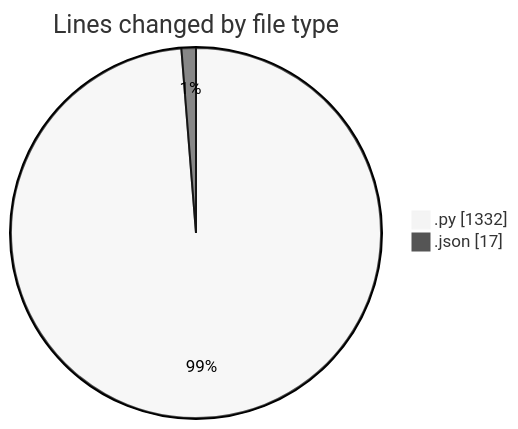
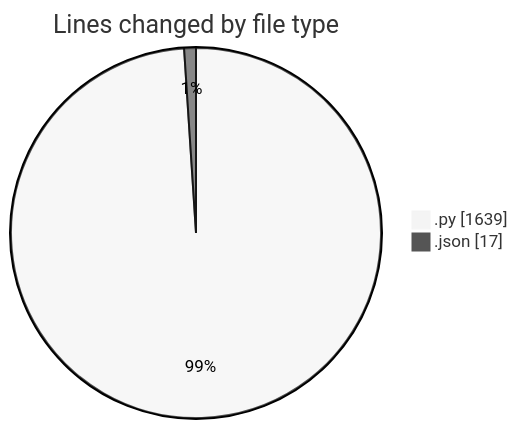
The first of 2 diagrams in 2025-02-28/myws__workspace_/README.md (MatusMokan/code-tracking), drawn with Mermaid (neutral theme) before and after one commit. The commit also changed other lines of this file and 1 other file, not shown here.

````diff
--- a/2025-02-28/myws__workspace_/README.md
+++ b/2025-02-28/myws__workspace_/README.md
@@ -23,6 +24,6 @@
 ```mermaid
 pie showData
 title Lines changed by file type
-".py" : 1332
+".py" : 1639
 ".json" : 17
 ```
````
